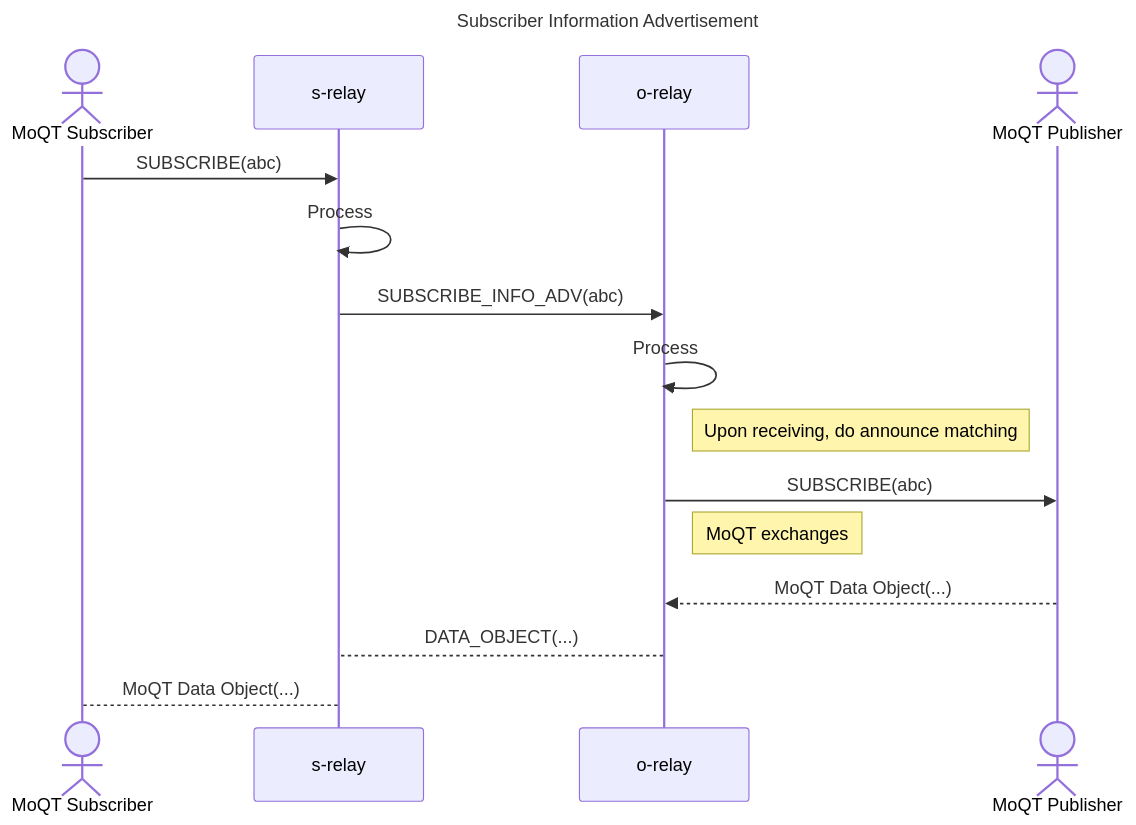
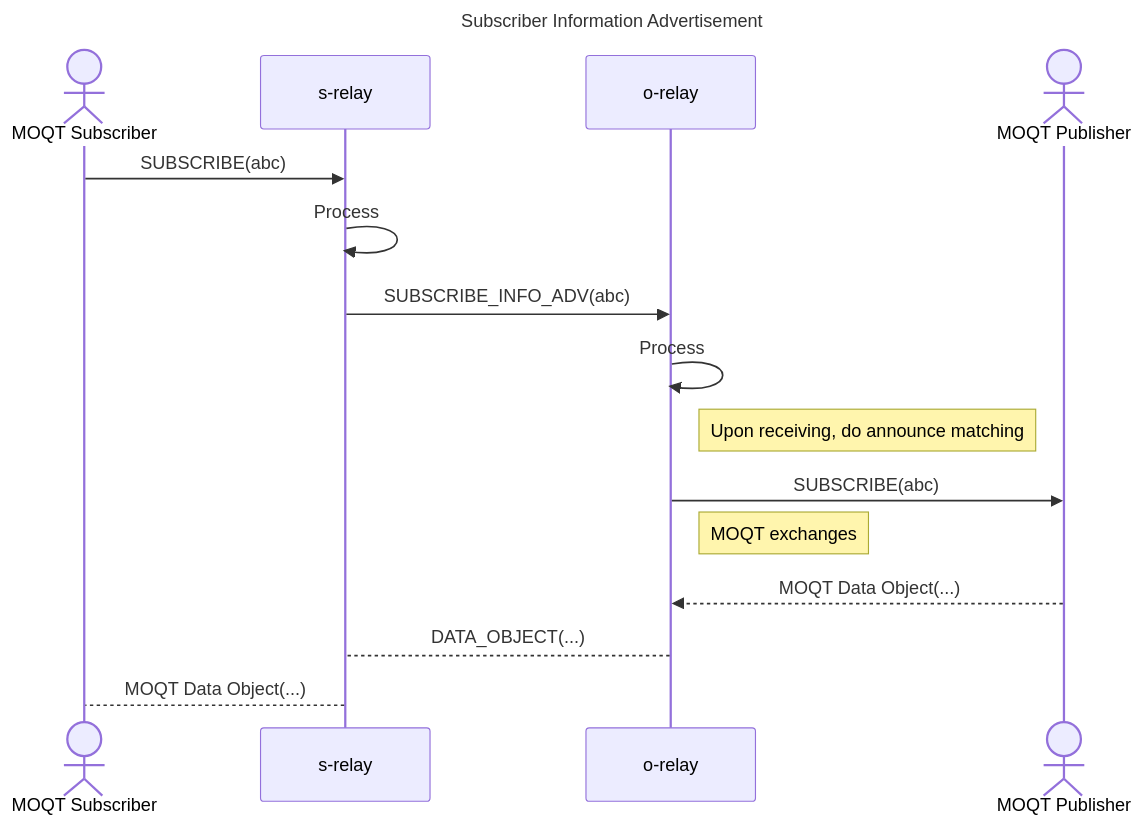
Diagram 24 of 24 in docs/relay-protocol.md (Quicr/laps), drawn with Mermaid before and after one commit. The commit also changed other lines of this file, not shown here.

````diff
--- a/docs/relay-protocol.md
+++ b/docs/relay-protocol.md
@@ -1698,22 +1699,22 @@
 ```mermaid
 ---
 title: Subscriber Information Advertisement
 ---
 sequenceDiagram
-    actor S as MoQT Subscriber
+    actor S as MOQT Subscriber
     participant SR as s-relay
     participant OR as o-relay
-    actor P as MoQT Publisher
+    actor P as MOQT Publisher
 
     S ->> SR: SUBSCRIBE(abc)
     SR ->> SR: Process
     SR ->> OR: SUBSCRIBE_INFO_ADV(abc)
     OR ->> OR: Process
     note right of OR: Upon receiving, do announce matching
     OR ->> P: SUBSCRIBE(abc)
-    note right of OR: MoQT exchanges
-    P -->> OR: MoQT Data Object(...)
+    note right of OR: MOQT exchanges
+    P -->> OR: MOQT Data Object(...)
     OR --> SR: DATA_OBJECT(...)
-    SR --> S: MoQT Data Object(...)
+    SR --> S: MOQT Data Object(...)
 
 ```
````
